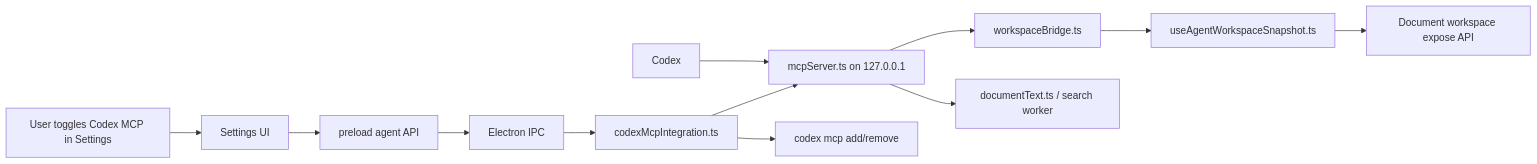
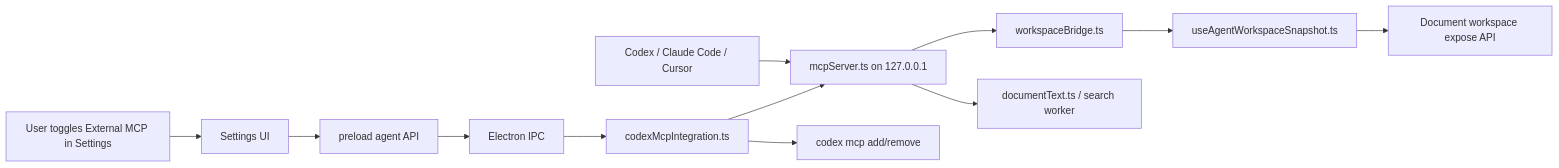
Before and after one commit to evb0110/electron-nuxt: the first of 2 diagrams in docs/mcp/README.md, drawn with Mermaid. The commit also changed other lines of this file and 17 other files, not shown here.

Commit message:
Split assistant and external MCP settings

````diff
--- a/docs/mcp/README.md
+++ b/docs/mcp/README.md
@@ -16,14 +18,14 @@
 ```mermaid
 flowchart LR
-    User["User toggles Codex MCP in Settings"] --> Renderer["Settings UI"]
+    User["User toggles External MCP in Settings"] --> Renderer["Settings UI"]
     Renderer --> Preload["preload agent API"]
     Preload --> MainIPC["Electron IPC"]
     MainIPC --> CodexIntegration["codexMcpIntegration.ts"]
     CodexIntegration --> LocalServer["mcpServer.ts on 127.0.0.1"]
     CodexIntegration --> CodexCLI["codex mcp add/remove"]
-    Codex["Codex"] --> LocalServer
+    Codex["Codex / Claude Code / Cursor"] --> LocalServer
     LocalServer --> WorkspaceBridge["workspaceBridge.ts"]
     WorkspaceBridge --> AppShell["useAgentWorkspaceSnapshot.ts"]
     AppShell --> WorkspaceExpose["Document workspace expose API"]
     LocalServer --> SearchIndex["documentText.ts / search worker"]
 ```
````
